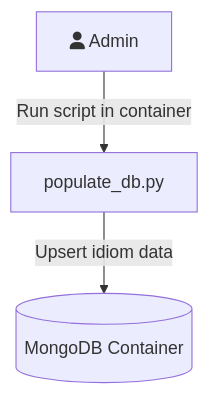
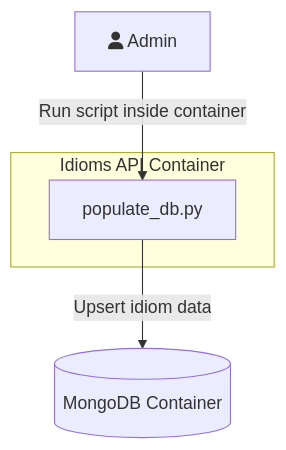
One commit to Fresbee/idiom-search changed the second of 4 diagrams in README.md. Above: the diagram before and after it, drawn with Mermaid. The commit also changed other lines of this file and 2 other files, not shown here.

Commit message:
Add web app use case diagram

````diff
--- a/README.md
+++ b/README.md
@@ -31,9 +31,11 @@
 ```mermaid
 graph TD
   admin[fa:fa-user Admin]
-  updater[populate_db.py]
+  subgraph Idioms API Container
+    updater[populate_db.py]
+  end
   database[(MongoDB Container)]
 
-  admin -->|Run script in container| updater
+  admin -->|Run script inside container| updater
   updater -->|Upsert idiom data| database
 ```
````
